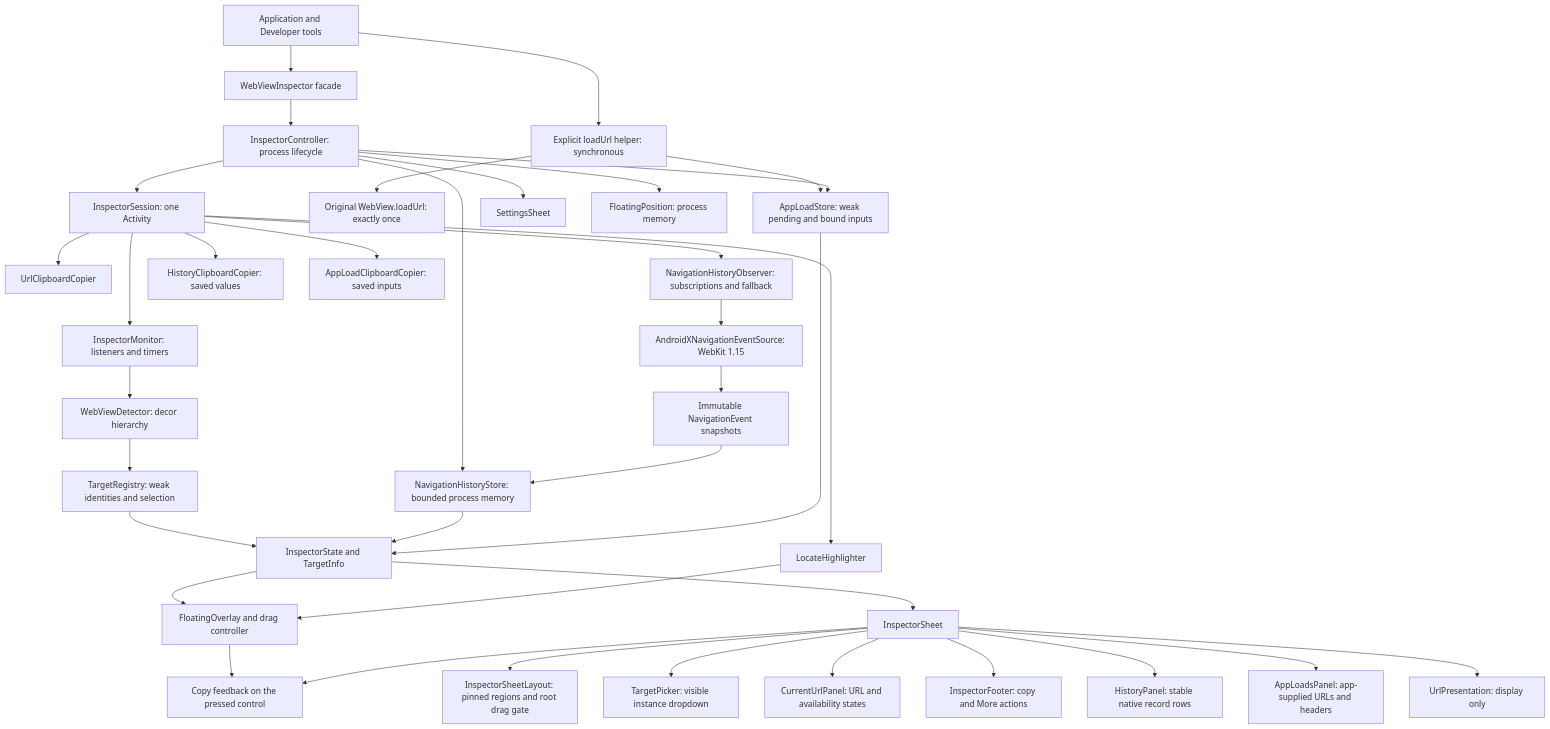
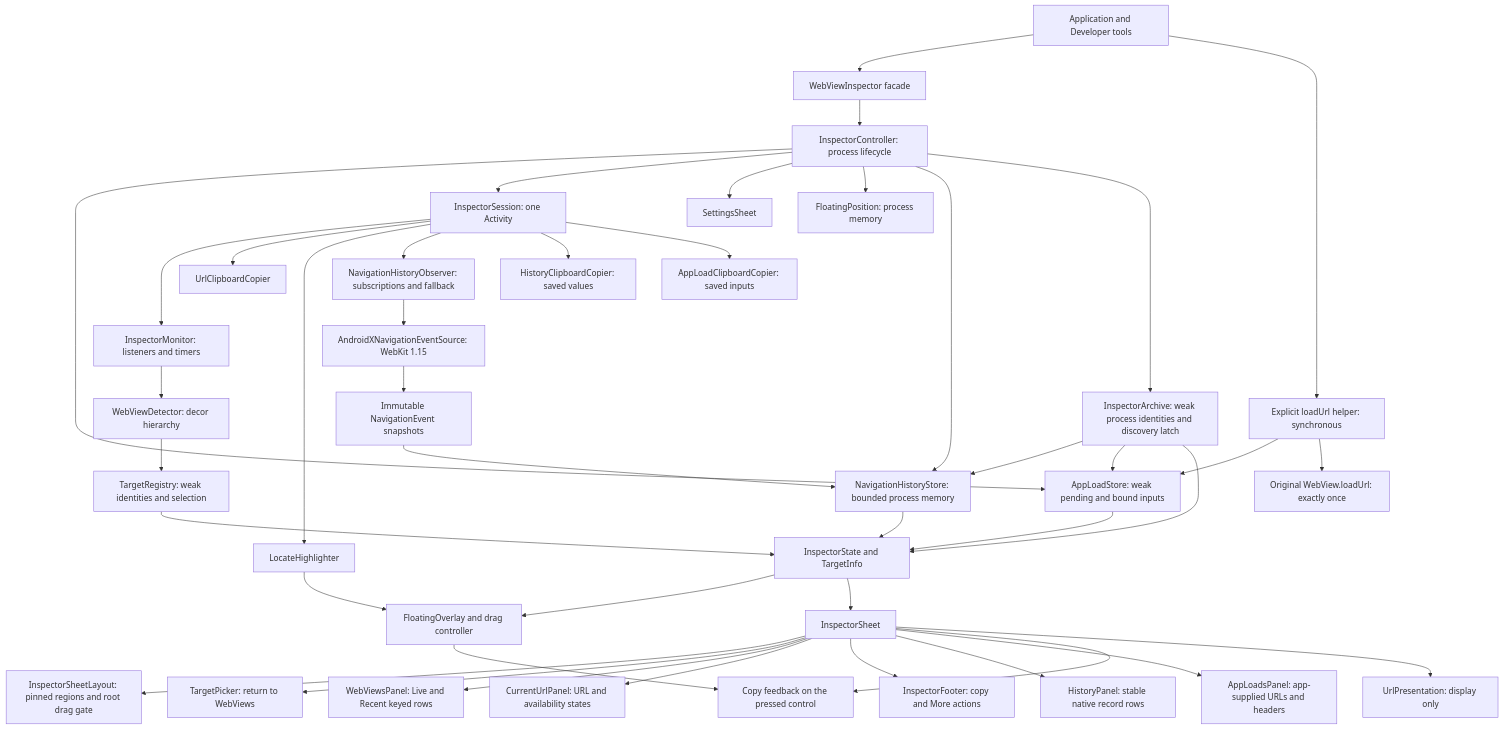
Before and after one commit to chinmaydash007/WebViewInspector: the first of 5 diagrams in webview-inspector/docs/ARCHITECTURE.md, drawn with Mermaid. The commit also changed other lines of this file and 34 other files, not shown here.

Commit message:
Add Live and Recent WebViews across activities

````diff
--- a/webview-inspector/docs/ARCHITECTURE.md
+++ b/webview-inspector/docs/ARCHITECTURE.md
@@ -7,39 +7,44 @@
 ```mermaid
 flowchart TD
     App["Application and Developer tools"] --> API["WebViewInspector facade"]
     API --> Controller["InspectorController: process lifecycle"]
     App --> LoadHelper["Explicit loadUrl helper: synchronous"]
     LoadHelper --> CaptureStore["AppLoadStore: weak pending and bound inputs"]
     LoadHelper --> WebView["Original WebView.loadUrl: exactly once"]
     Controller --> CaptureStore
     Controller --> Session["InspectorSession: one Activity"]
     Controller --> Settings["SettingsSheet"]
     Controller --> Position["FloatingPosition: process memory"]
     Controller --> HistoryStore["NavigationHistoryStore: bounded process memory"]
+    Controller --> Archive["InspectorArchive: weak process identities and discovery latch"]
+    Archive --> HistoryStore
+    Archive --> CaptureStore
+    Archive --> Snapshot
     Session --> Monitor["InspectorMonitor: listeners and timers"]
     Monitor --> Detector["WebViewDetector: decor hierarchy"]
     Detector --> Registry["TargetRegistry: weak identities and selection"]
     Registry --> Snapshot["InspectorState and TargetInfo"]
     Snapshot --> Floating["FloatingOverlay and drag controller"]
     Snapshot --> Sheet["InspectorSheet"]
     Session --> Copier["UrlClipboardCopier"]
     Session --> Locate["LocateHighlighter"]
     Session --> Observer["NavigationHistoryObserver: subscriptions and fallback"]
     Observer --> Adapter["AndroidXNavigationEventSource: WebKit 1.15"]
     Adapter --> Events["Immutable NavigationEvent snapshots"]
     Events --> HistoryStore
     HistoryStore --> Snapshot
     Sheet --> Layout["InspectorSheetLayout: pinned regions and root drag gate"]
-    Sheet --> Picker["TargetPicker: visible instance dropdown"]
+    Sheet --> Picker["TargetPicker: return to WebViews"]
+    Sheet --> Chooser["WebViewsPanel: Live and Recent keyed rows"]
     Sheet --> Current["CurrentUrlPanel: URL and availability states"]
     Sheet --> Footer["InspectorFooter: copy and More actions"]
     Sheet --> HistoryPanel["HistoryPanel: stable native record rows"]
     CaptureStore --> Snapshot
     Sheet --> LoadsPanel["AppLoadsPanel: app-supplied URLs and headers"]
     Session --> HistoryCopy["HistoryClipboardCopier: saved values"]
     Session --> AppLoadCopy["AppLoadClipboardCopier: saved inputs"]
     Floating --> CopyFeedback["Copy feedback on the pressed control"]
     Sheet --> CopyFeedback
     Locate --> Floating
     Sheet --> Presentation["UrlPresentation: display only"]
 ```
````
